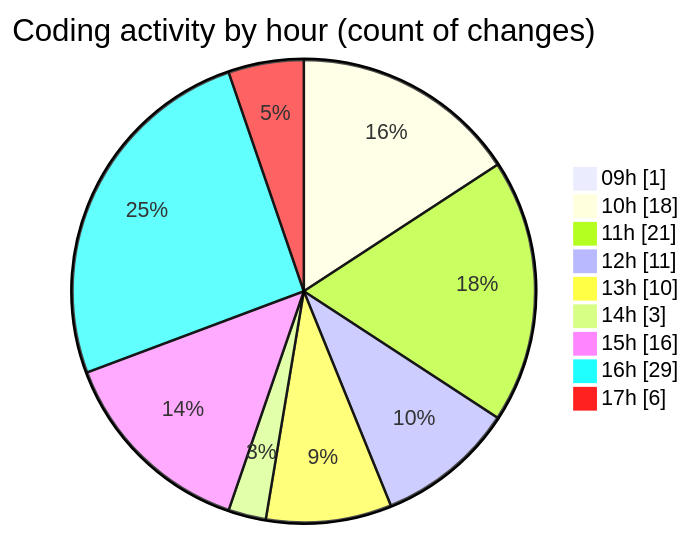
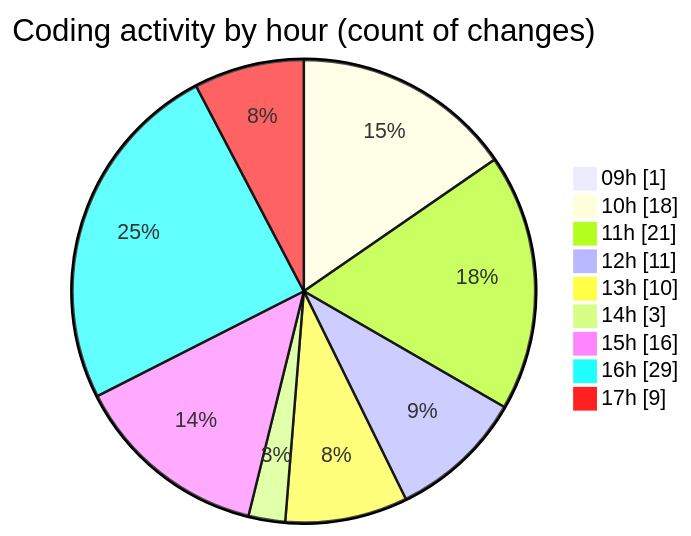
The second of 2 diagrams in 2026-08-11/cda/README.md (momahboobian/code-tracking), drawn with Mermaid before and after one commit. The commit also changed other lines of this file and 1 other file, not shown here.

````diff
--- a/2026-08-11/cda/README.md
+++ b/2026-08-11/cda/README.md
@@ -76,13 +78,13 @@
 ```mermaid
 pie showData
 title Coding activity by hour (count of changes)
 "09h" : 1
 "10h" : 18
 "11h" : 21
 "12h" : 11
 "13h" : 10
 "14h" : 3
 "15h" : 16
 "16h" : 29
-"17h" : 6
+"17h" : 9
 ```
````
